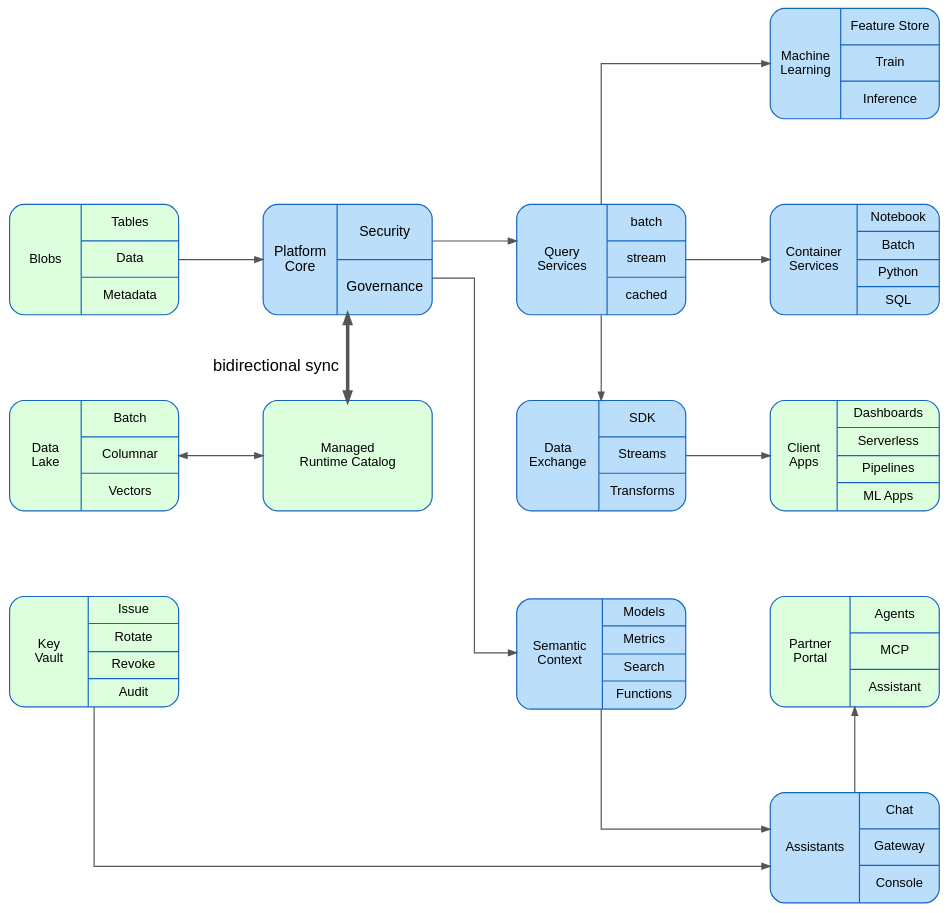
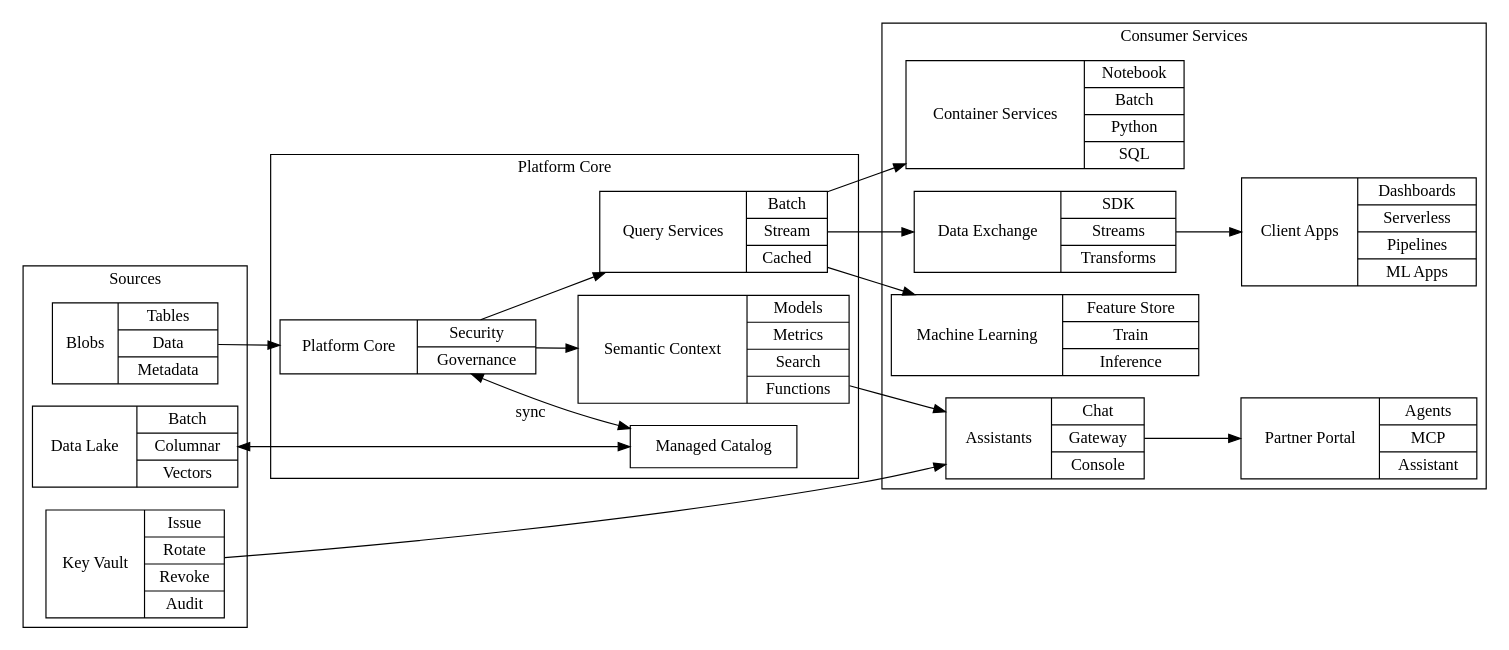
Before and after one commit to sfc-gh-akhosro/shabnam: the diagram in research-lab/example-1.dot, drawn with Graphviz. The commit also changed 37 other files, not shown here.

First line of the commit message:
Visual cluster SVG boxes, smart connectors, 1:1 workbench parity, and CodeJar editors

```diff
--- a/research-lab/example-1.dot
+++ b/research-lab/example-1.dot
@@ -1,116 +1,50 @@
 digraph platform {
     rankdir=LR
-    splines=ortho;
-    nodesep=1
-    ranksep=1
-    concentrate=true;
 
-    graph [fontname="Helvetica", bgcolor="transparent", pad=0.4 style=dashed]
-    node  [fontname="Helvetica", fontsize=11, style="filled,rounded", shape=box,
-           fillcolor="#BBDEFB", color="#1565C0" labelfloat=true]
-    edge  [fontname="Helvetica", fontsize=14, color="#555555", arrowsize=0.7]
+    // -------------------------------------------------- Sources
+    subgraph cluster_sources {
+        label = "Sources"
 
-    node [width=2 height=1.3 fixedsize=true]
-
-
-    // An anonymous block that exists only to set a fill on six nodes. Numbered
-    // `subgraph_1`, and worth a class of its own: dropping it would cost six
-    // `#id` rules saying the same thing.
-    {
-        node [fillcolor="#ddffdd"]
-
-        runtime
-        lake
-        vault
-        portal
-        blobs
-        apps
-
+        blobs [shape=record icon="database.svg" caption="Object Store" label="{Blobs | {Tables | Data | Metadata}}"]
+        lake  [shape=record icon="cloud.svg" label="{Data Lake | {Batch | Columnar | Vectors}}"]
+        vault [shape=record label="{Key Vault | {Issue | Rotate | Revoke | Audit}}"]
     }
 
+    // -------------------------------------------------- Platform Core
+    subgraph cluster_platform {
+        label = "Platform Core"
 
-    // Invisible, and its members are already filled by the block above — so it
-    // has nothing left to say and no rule is emitted for it.
-    subgraph cluster_a {
-        style=invis
-
-        vault lake blobs
-        rank=same;
+        runtime    [shape=record label="Managed Catalog"]
+        core       [shape=record icon="cloud.svg" caption="Platform Core" label="{Platform Core | {Security | Governance}}"]
+        engine     [shape=record label="{Query Services | {Batch | Stream | Cached}}"]
+        context    [shape=record label="{Semantic Context | {Models | Metrics | Search | Functions}}"]
     }
 
-    subgraph cluster_b {
-        style=invis
+    // -------------------------------------------------- Consumer Services
+    subgraph cluster_consumer {
+        label = "Consumer Services"
 
-        runtime core
-        rank=same;
+        portal     [shape=record label="{Partner Portal | {Agents | MCP | Assistant}}"]
+        runners    [shape=record icon="python.svg" label="{Container Services | {Notebook | Batch | Python | SQL}}"]
+        connectors [shape=record label="{Data Exchange | {SDK | Streams | Transforms}}"]
+        apps       [shape=record label="{Client Apps | {Dashboards | Serverless | Pipelines | ML Apps}}"]
+        bots       [shape=record label="{Assistants | {Chat | Gateway | Console}}"]
+        ml         [shape=record icon="python.svg" label="{Machine Learning | {Feature Store | Train | Inference}}"]
     }
 
-    subgraph {
-        engine connectors context
-
-        rank=same;
-    }
-
-    subgraph {
-        runners apps portal bots ml
-        rank=same
-    }
-
-
-    blobs [shape=record icon="database.svg" caption="Object Store" label="{Blobs | {Tables | Data | Metadata}}"]
-    lake [shape=record icon="cloud.svg" label="{Data \n Lake | {Batch | Columnar | Vectors}}"]
-    runtime [shape=record label="Managed \n Runtime Catalog "]
-
-    vault [shape=record label="{Key \n Vault | {Issue | Rotate | Revoke | Audit}}"]
-
-    core [shape=record icon="cloud.svg" caption="Platform Core" label="{Platform \n Core | {Security | Governance}}" fontsize=12]
-    engine [shape=record label="{Query \n Services | {batch | stream | cached}}"]
-
-
-    context [shape=record label="{Semantic \n Context | {Models | Metrics | Search | Functions }}"]
-    bots   [shape=record label="{Assistants | {Chat | Gateway | Console}}"]
-    runners [shape=record icon="python.svg" label="{Container \n Services | {Notebook | Batch | Python | SQL}}"]
-    connectors [shape=record label="{Data \n Exchange | { SDK | Streams | Transforms}}"]
-
-    apps[shape=record label="{Client \n Apps | {Dashboards | Serverless | Pipelines | ML Apps }}"]
-    portal [shape=record label="{Partner \n Portal | {Agents | MCP | Assistant}}"]
-
-    ml [shape=record icon="python.svg" label="{Machine \n Learning | {Feature Store | Train | Inference}}"]
-
-    connectors -> apps
-
-    // `{core}` is an anonymous subgraph too — created by the edge set, not by a
-    // block. It becomes `subgraph_4`.
-    blobs -> {core}
-
+    // -------------------------------------------------- Connections
+    blobs -> core
     lake -> runtime [dir=both]
-
-    // The only penwidth=3 edge in the file: absence is the majority, so the
-    // class rule stays thin and this one id pays for itself.
-    core -> runtime [dir=both xlabel="bidirectional sync"  constraint=false penwidth=3]
-
-    core -> engine [weight=100]
+    core -> runtime [dir=both xlabel="sync"]
+    core -> engine
+    core -> context
 
     engine -> runners
     engine -> ml
     engine -> connectors
 
-    core -> context
+    connectors -> apps
     context -> bots
-    bots -> portal [weight=0]
-
-    vault -> bots [weight=0]
-
-
-    // Declared last, so Graphviz has already claimed all three members for the
-    // subgraphs above and reports this one with no nodes (M3, S1).
-    subgraph cluster_consumer {
-        label = "Consumer Services"
-
-        portal
-        runners
-        bots
-    }
-
-
+    bots -> portal
+    vault -> bots
 }
```
